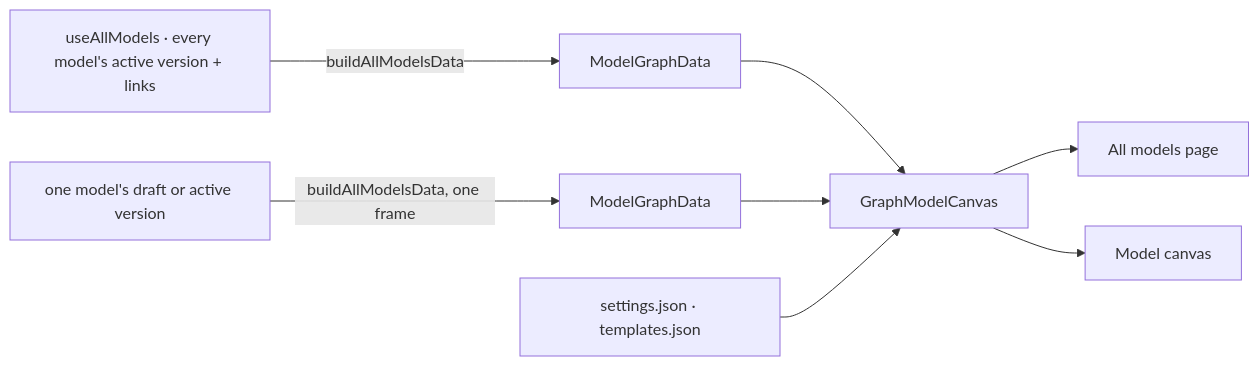
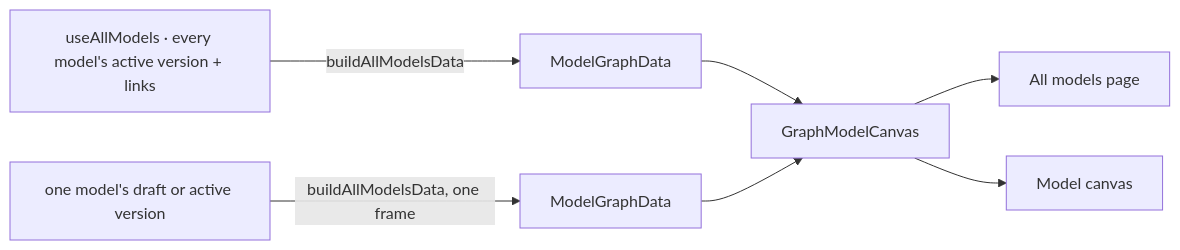
The diagram in docs/for-developers/building-studio/graph-model-canvas.md (invana/invana), drawn with Mermaid before and after one commit. The commit also changed other lines of this file and 16 other files, not shown here.

First line of the commit message:
feat: the Modeller's boards are canvas's schema board, and fill their tab

````diff
--- a/docs/for-developers/building-studio/graph-model-canvas.md
+++ b/docs/for-developers/building-studio/graph-model-canvas.md
@@ -110,10 +97,9 @@
 ```mermaid
 flowchart LR
   Q1[useAllModels · every model's active version + links] -->|buildAllModelsData| D1[ModelGraphData]
   Q2[one model's draft or active version] -->|buildAllModelsData, one frame| D2[ModelGraphData]
   D1 --> C[GraphModelCanvas]
   D2 --> C
-  S[settings.json · templates.json] --> C
   C --> P1[All models page]
   C --> P2[Model canvas]
 ```
````
